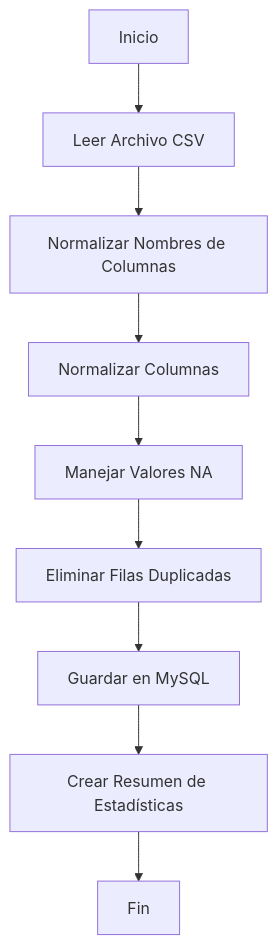
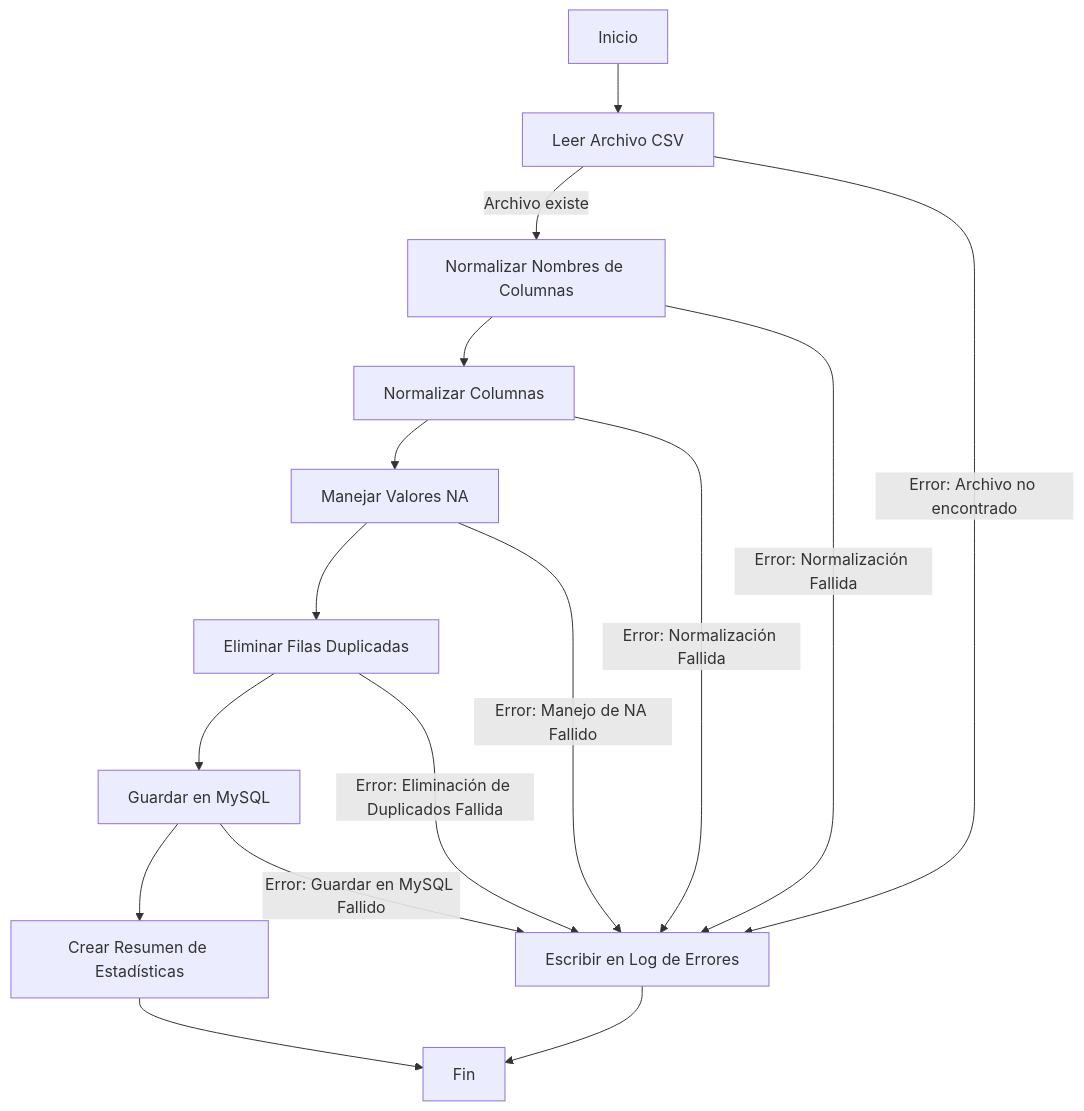
The diagram in README.md (tuxillomelendez/Programacion-R-UDLA-2), drawn with Mermaid before and after one commit.

````diff
--- a/README.md
+++ b/README.md
@@ -18,11 +18,18 @@
 ```mermaid
 graph TD;
     A[Inicio] --> B[Leer Archivo CSV];
-    B --> C[Normalizar Nombres de Columnas];
-    C --> D[Normalizar Columnas];
-    D --> E[Manejar Valores NA];
-    E --> F[Eliminar Filas Duplicadas];
-    F --> G[Guardar en MySQL];
-    G --> H[Crear Resumen de Estadísticas];
-    H --> I[Fin];
+    B --> |Archivo existe| C[Normalizar Nombres de Columnas];
+    B --> |Error: Archivo no encontrado| D[Escribir en Log de Errores];
+    C --> E[Normalizar Columnas];
+    E --> F[Manejar Valores NA];
+    F --> G[Eliminar Filas Duplicadas];
+    G --> H[Guardar en MySQL];
+    H --> I[Crear Resumen de Estadísticas];
+    I --> J[Fin];
+    D --> J[Fin];
+    C --> |Error: Normalización Fallida| D
+    E --> |Error: Normalización Fallida| D
+    F --> |Error: Manejo de NA Fallido| D
+    G --> |Error: Eliminación de Duplicados Fallida| D
+    H --> |Error: Guardar en MySQL Fallido| D
 ```
````
